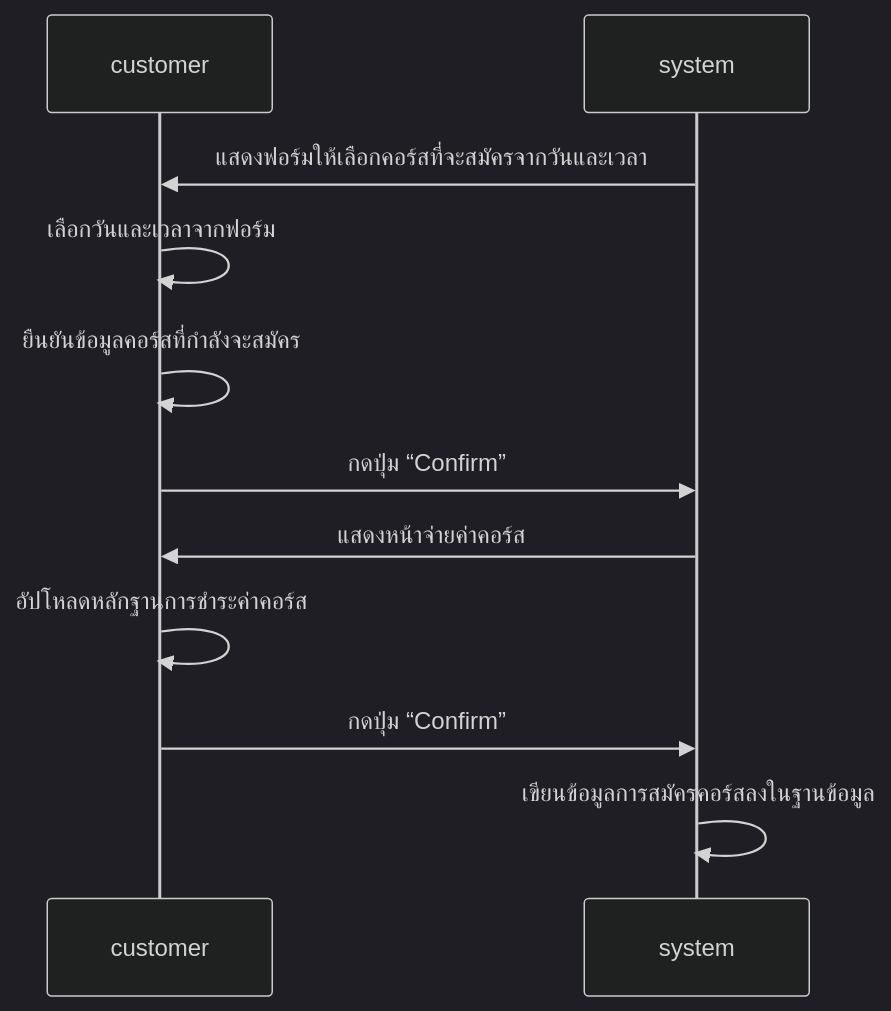
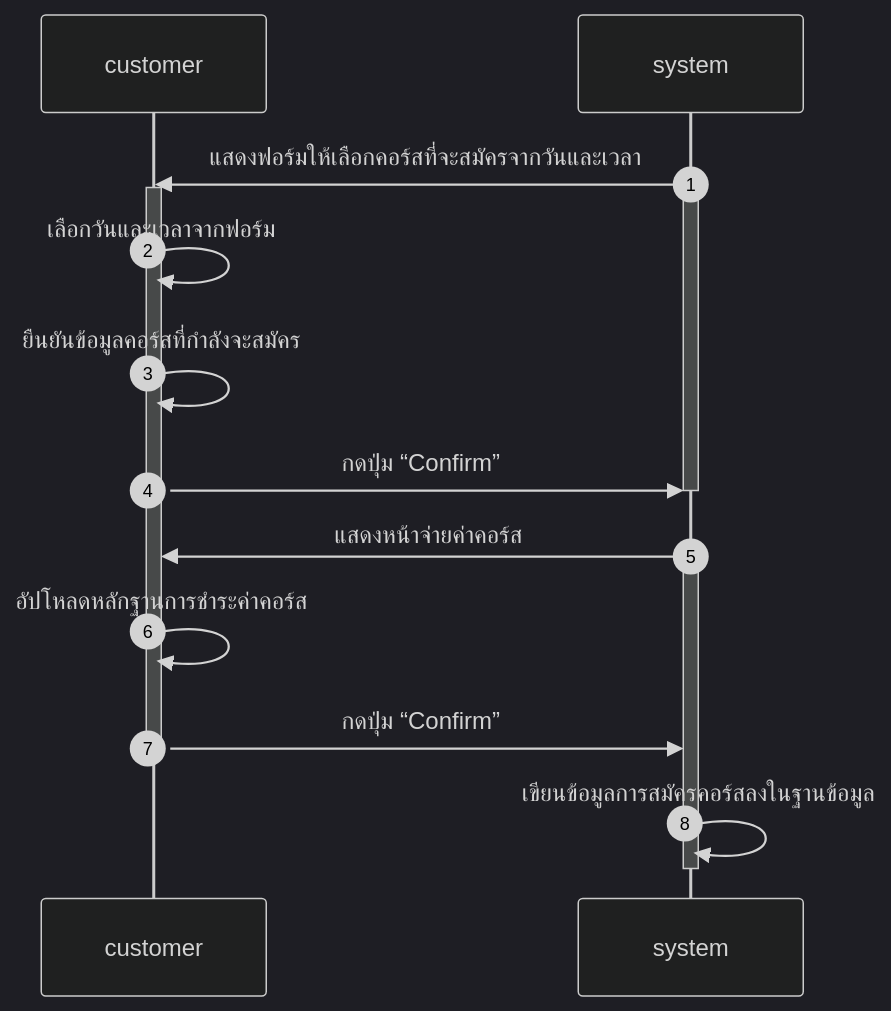
Before and after one commit to SaluteKevin/AQkid: the diagram in design/diagrams/aqkids-sequences-uc-3.mmd, drawn with Mermaid (dark theme). The commit also changed 5 other files, not shown here.

Commit message:
Update UC 1-3 sequences

```diff
--- a/design/diagrams/aqkids-sequences-uc-3.mmd
+++ b/design/diagrams/aqkids-sequences-uc-3.mmd
@@ -1,11 +1,18 @@
 sequenceDiagram
+autonumber
     participant customer
     participant system
     system->>customer: แสดงฟอร์มให้เลือกคอร์สที่จะสมัครจากวันและเวลา
+    activate system
+    activate customer
     customer->>customer: เลือกวันและเวลาจากฟอร์ม
     customer->>customer: ยืนยันข้อมูลคอร์สที่กำลังจะสมัคร
     customer->>system: กดปุ่ม “Confirm”
+    deactivate system
     system->>customer: แสดงหน้าจ่ายค่าคอร์ส
+    activate system
     customer->>customer: อัปโหลดหลักฐานการชำระค่าคอร์ส
     customer->>system: กดปุ่ม “Confirm”
+    deactivate customer
     system->>system: เขียนข้อมูลการสมัครคอร์สลงในฐานข้อมูล
+    deactivate system
```
